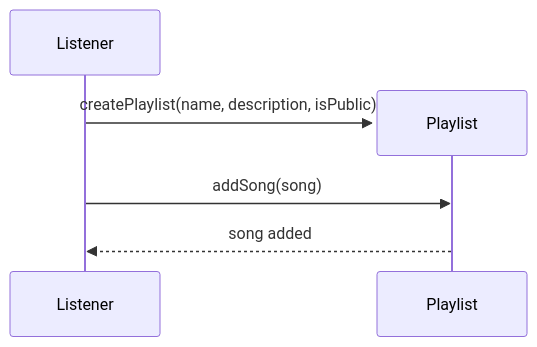
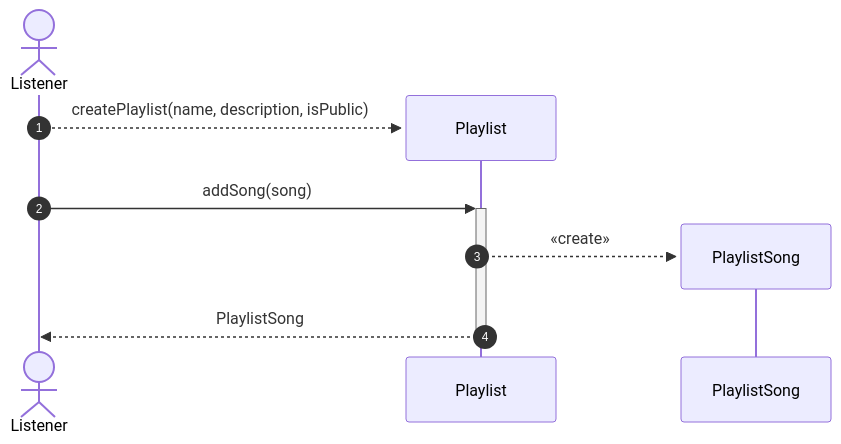
The third of 4 diagrams in README.md (Liorwa0/music-streaming-uml), drawn with Mermaid before and after one commit. The commit also changed other lines of this file, not shown here.

First line of the commit message:
edit  sequence diagrams and explanations for song actions

````diff
--- a/README.md
+++ b/README.md
@@ -275,8 +298,11 @@
 ```mermaid
 sequenceDiagram
-    participant Listener
+    autonumber
+    actor Listener
     create participant Playlist
-    Listener->>Playlist: createPlaylist(name, description, isPublic)
-    Listener->>Playlist: addSong(song)
-    Playlist-->>Listener: song added
+    Listener-->>Playlist: createPlaylist(name, description, isPublic)
+    Listener->>+Playlist: addSong(song)
+    create participant PlaylistSong
+    Playlist-->>PlaylistSong: «create»
+    Playlist-->>-Listener: PlaylistSong
 ```
````
